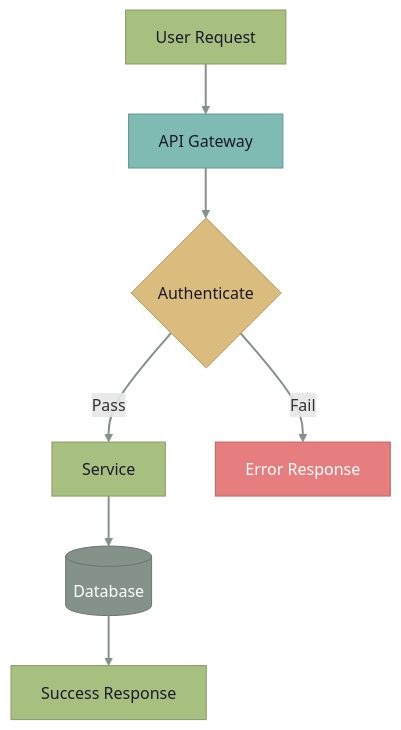
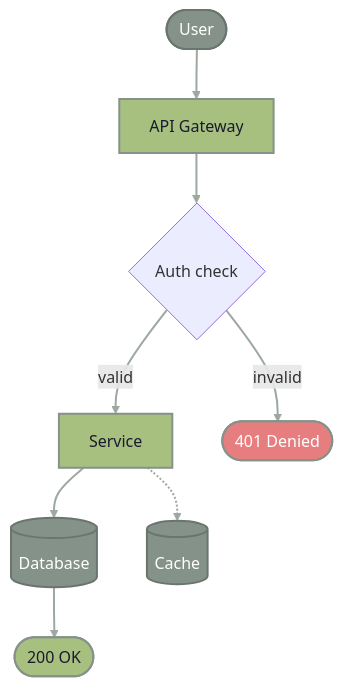
Diagram 12 of 24 in creating-mermaid-diagrams/skills/creating-mermaid-diagrams/references/themes.md (mdsakalu/agent-plugins), drawn with Mermaid before and after one commit. The commit also changed other lines of this file and 4 other files, not shown here.

First line of the commit message:
refactor(creating-mermaid-diagrams): design-driven styling overhaul

````diff
--- a/creating-mermaid-diagrams/skills/creating-mermaid-diagrams/references/themes.md
+++ b/creating-mermaid-diagrams/skills/creating-mermaid-diagrams/references/themes.md
@@ -460,26 +529,18 @@
 ```mermaid
 flowchart TD
-    user["User Request"] --> api["API Gateway"]
-    api --> auth{"Authenticate"}
-    auth -->|Pass| service["Service"]
-    auth -->|Fail| error["Error Response"]
-    service --> db[("Database")]
-    db --> response["Success Response"]
+    user(["User"]) ==> api["API Gateway"] ==> auth{"Auth check"}
+    auth == valid ==> svc["Service"] ==> db[("Database")] ==> res(["200 OK"])
+    auth -- invalid --> err(["401 Denied"])
+    svc -.-> cache[("Cache")]
 
-    classDef primary fill:#a7c080,stroke:#869a66,color:#1a1a2e
-    classDef secondary fill:#859289,stroke:#6a756e,color:#ffffff
-    classDef success fill:#a7c080,stroke:#869a66,color:#1a1a2e
-    classDef warning fill:#dbbc7f,stroke:#af9666,color:#1a1a2e
-    classDef danger fill:#e67e80,stroke:#b86566,color:#ffffff
-    classDef info fill:#7fbbb3,stroke:#66968f,color:#1a1a2e
+    classDef primary fill:#a7c080,stroke:#859289,stroke-width:2px,color:#1a1a2e
+    classDef muted fill:#859289,stroke:#6a756e,stroke-width:2px,color:#ffffff
+    classDef success fill:#a7c080,stroke:#859289,stroke-width:2px,color:#1a1a2e
+    classDef danger fill:#e67e80,stroke:#859289,stroke-width:2px,color:#ffffff
+    linkStyle default stroke:#9da9a0,stroke-width:2px
 
-    linkStyle default stroke:#859289,stroke-width:2px
-
-    class user primary
-    class api info
-    class auth warning
-    class service success
-    class error danger
-    class db secondary
-    class response success
+    class api,svc primary
+    class user,db,cache muted
+    class res success
+    class err danger
 ```
````
